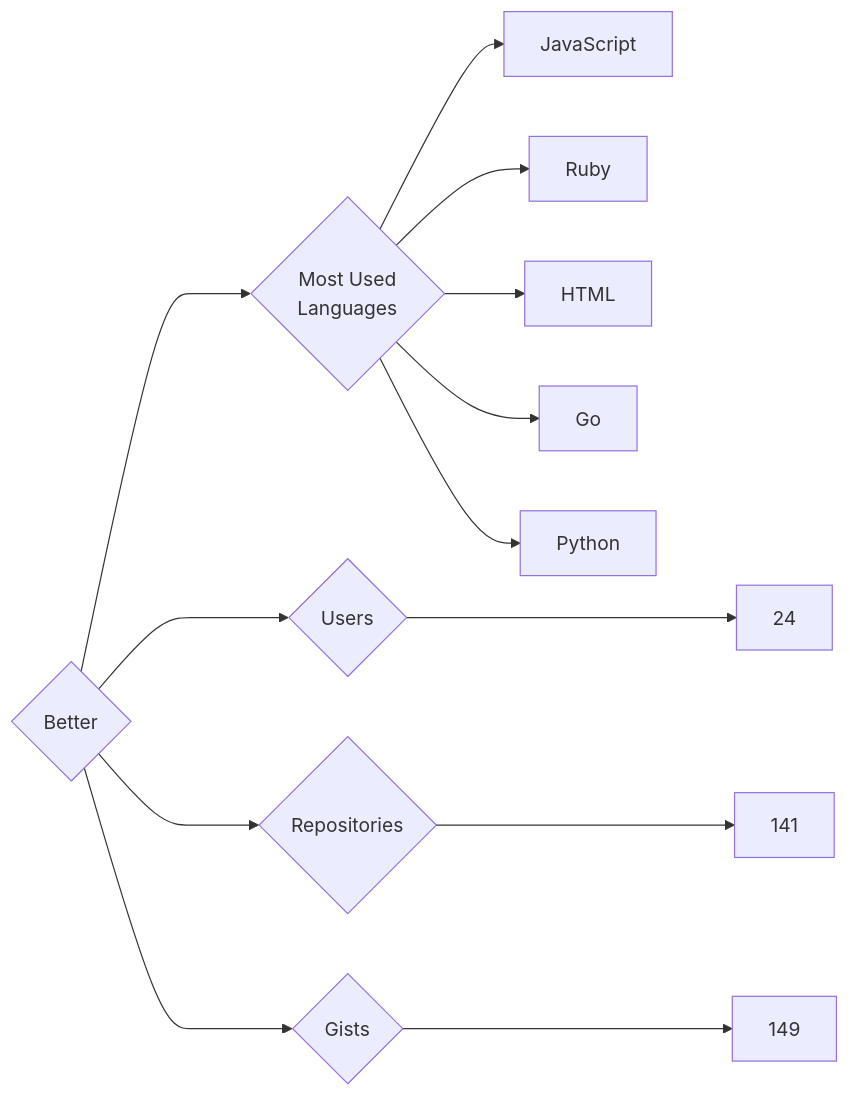
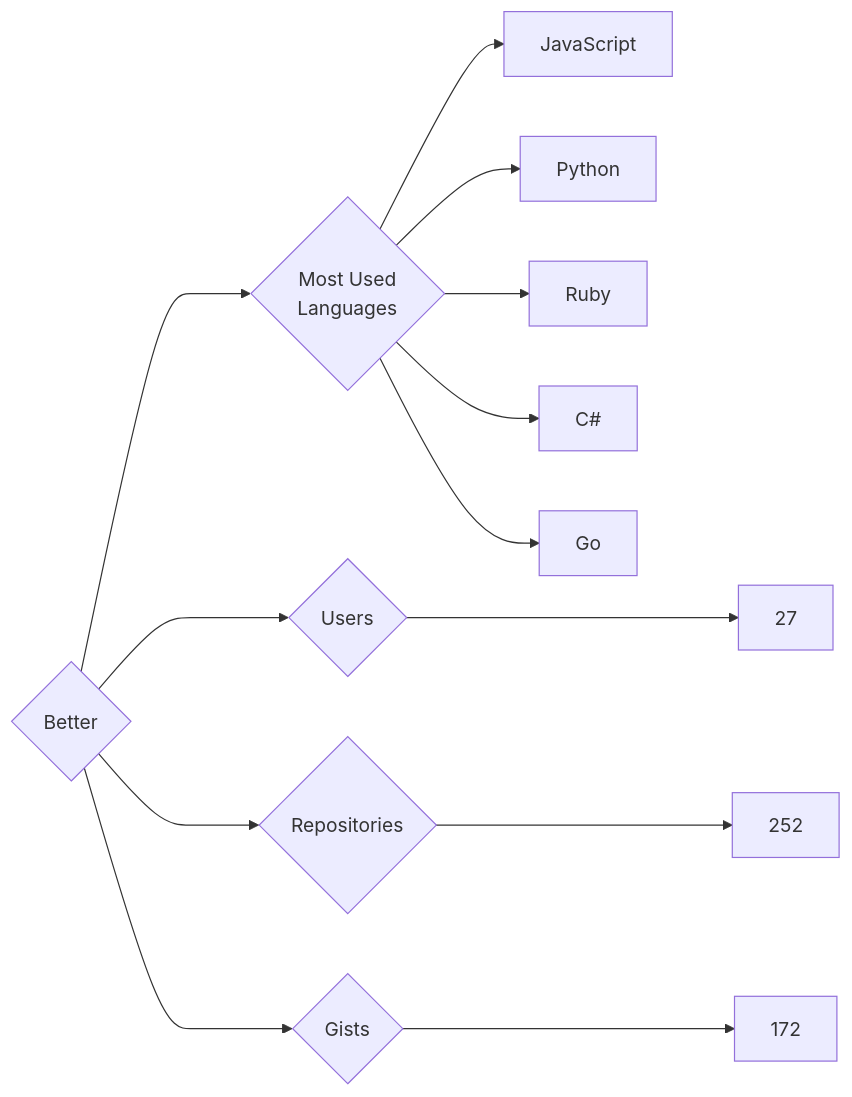
The diagram in targets/Better/README.md (trickest/insiders), drawn with Mermaid before and after one commit. The commit also changed 912 other files, not shown here.

````diff
--- a/targets/Better/README.md
+++ b/targets/Better/README.md
@@ -3,13 +3,13 @@
 ```mermaid
 graph LR
 COMPANY_NAME{Better}
-COMPANY_NAME ---> U{Users} ---> UN[24]
-COMPANY_NAME ---> R{Repositories} ---> RN[141]
-COMPANY_NAME ---> G{Gists} ---> GN[149]
+COMPANY_NAME ---> U{Users} ---> UN[27]
+COMPANY_NAME ---> R{Repositories} ---> RN[252]
+COMPANY_NAME ---> G{Gists} ---> GN[172]
 COMPANY_NAME ---> ML{Most Used<br>Languages}
 ML --> JavaScript[JavaScript]
+ML --> Python[Python]
 ML --> Ruby[Ruby]
-ML --> HTML[HTML]
+ML --> C#[C#]
 ML --> Go[Go]
-ML --> Python[Python]
 ```
````
